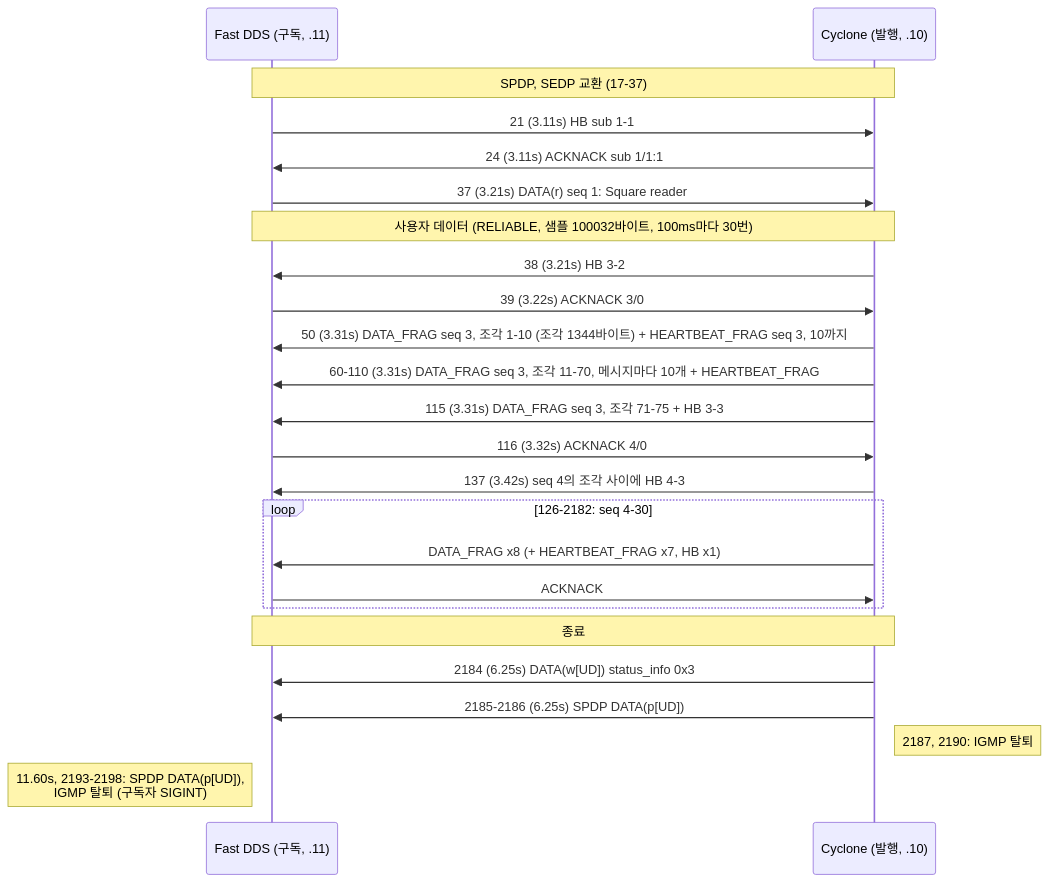
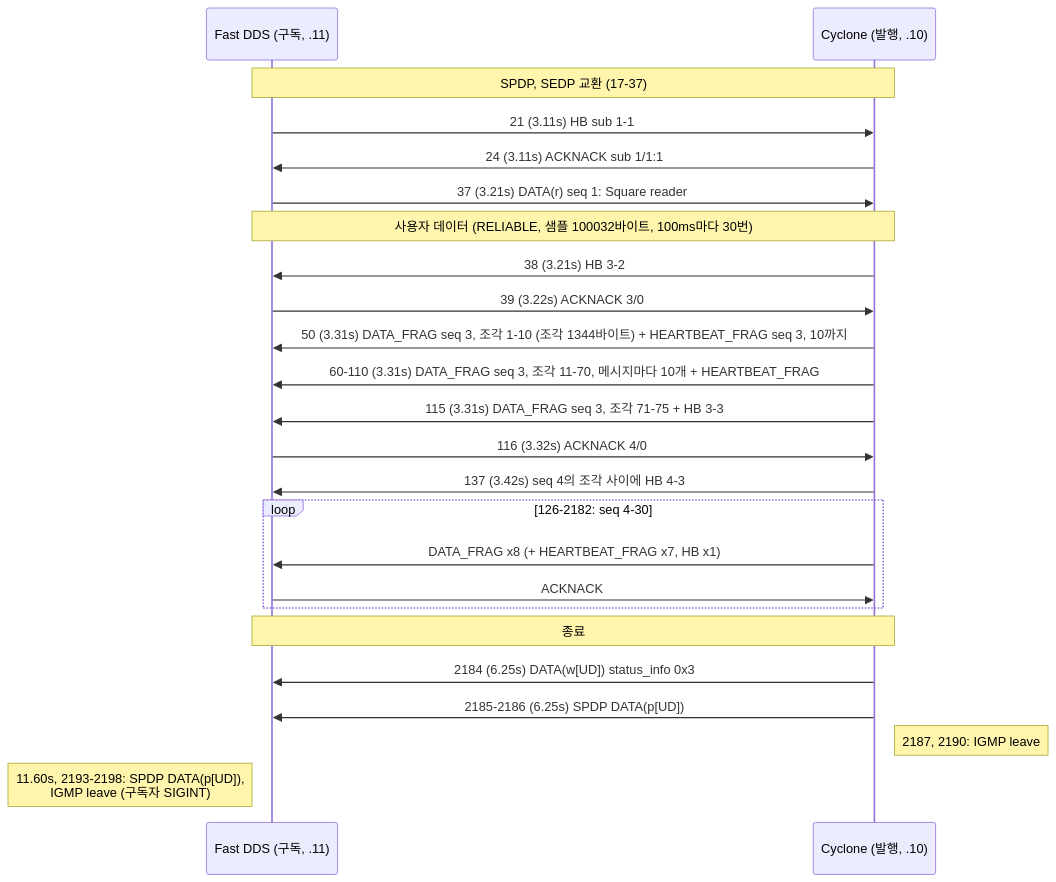
The seventh of 7 diagrams in captures/cyclone-fastdds/README.md (danielhongwoo/mdds), drawn with Mermaid before and after one commit. The commit also changed other lines of this file and 8 other files, not shown here.

````diff
--- a/captures/cyclone-fastdds/README.md
+++ b/captures/cyclone-fastdds/README.md
@@ -378,29 +378,29 @@
 ```mermaid
 sequenceDiagram
     participant F as Fast DDS (구독, .11)
     participant C as Cyclone (발행, .10)
 
     Note over F,C: SPDP, SEDP 교환 (17-37)
     F->>C: 21 (3.11s) HB sub 1-1
     C->>F: 24 (3.11s) ACKNACK sub 1/1:1
     F->>C: 37 (3.21s) DATA(r) seq 1: Square reader
 
     Note over F,C: 사용자 데이터 (RELIABLE, 샘플 100032바이트, 100ms마다 30번)
     C->>F: 38 (3.21s) HB 3-2
     F->>C: 39 (3.22s) ACKNACK 3/0
     C->>F: 50 (3.31s) DATA_FRAG seq 3, 조각 1-10 (조각 1344바이트) + HEARTBEAT_FRAG seq 3, 10까지
     C->>F: 60-110 (3.31s) DATA_FRAG seq 3, 조각 11-70, 메시지마다 10개 + HEARTBEAT_FRAG
     C->>F: 115 (3.31s) DATA_FRAG seq 3, 조각 71-75 + HB 3-3
     F->>C: 116 (3.32s) ACKNACK 4/0
     C->>F: 137 (3.42s) seq 4의 조각 사이에 HB 4-3
     loop 126-2182: seq 4-30
         C->>F: DATA_FRAG x8 (+ HEARTBEAT_FRAG x7, HB x1)
         F->>C: ACKNACK
     end
 
     Note over F,C: 종료
     C->>F: 2184 (6.25s) DATA(w[UD]) status_info 0x3
     C->>F: 2185-2186 (6.25s) SPDP DATA(p[UD])
-    Note right of C: 2187, 2190: IGMP 탈퇴
-    Note left of F: 11.60s, 2193-2198: SPDP DATA(p[UD]),<br/>IGMP 탈퇴 (구독자 SIGINT)
+    Note right of C: 2187, 2190: IGMP leave
+    Note left of F: 11.60s, 2193-2198: SPDP DATA(p[UD]),<br/>IGMP leave (구독자 SIGINT)
 ```
````
